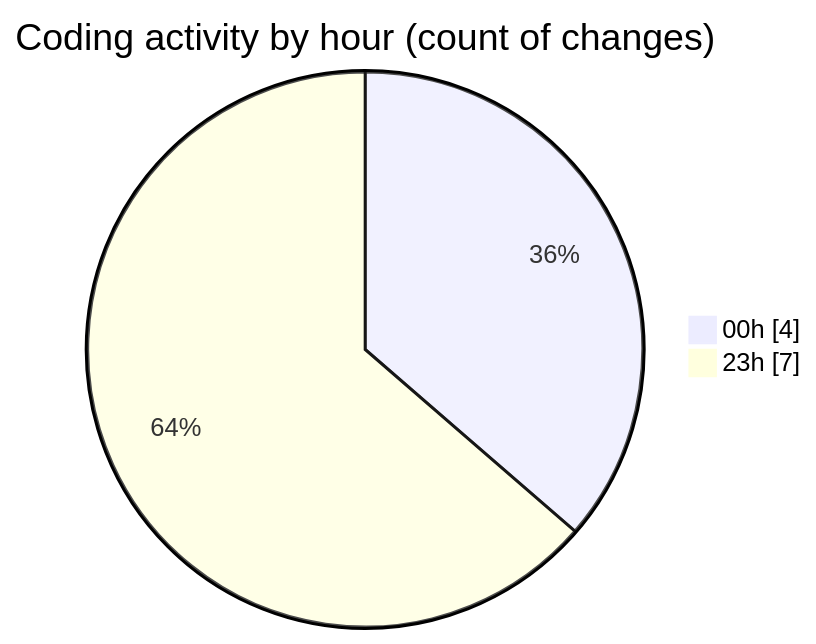
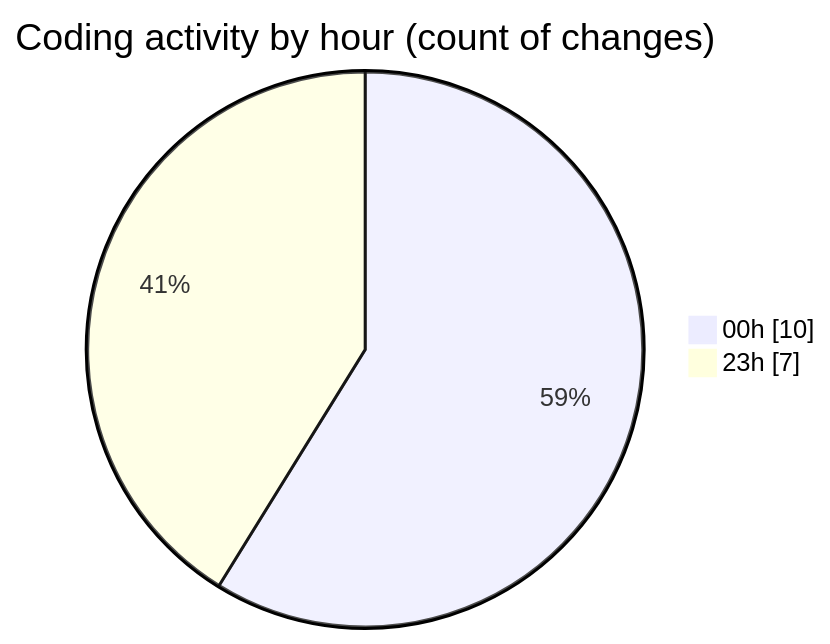
The second of 2 diagrams in 2025-08-12/rentotp/README.md (lephambinh05/code-tracking), drawn with Mermaid before and after one commit. The commit also changed other lines of this file and 1 other file, not shown here.

````diff
--- a/2025-08-12/rentotp/README.md
+++ b/2025-08-12/rentotp/README.md
@@ -30,6 +32,6 @@
 ```mermaid
 pie showData
 title Coding activity by hour (count of changes)
-"00h" : 4
+"00h" : 10
 "23h" : 7
 ```
````
